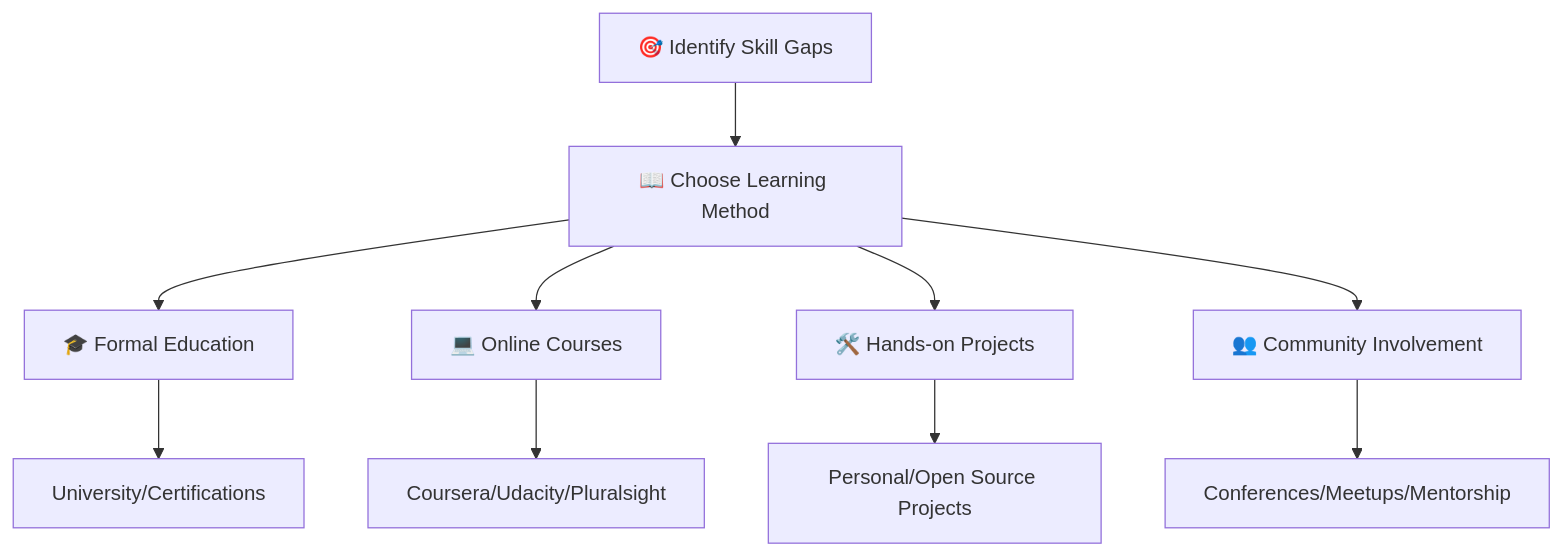
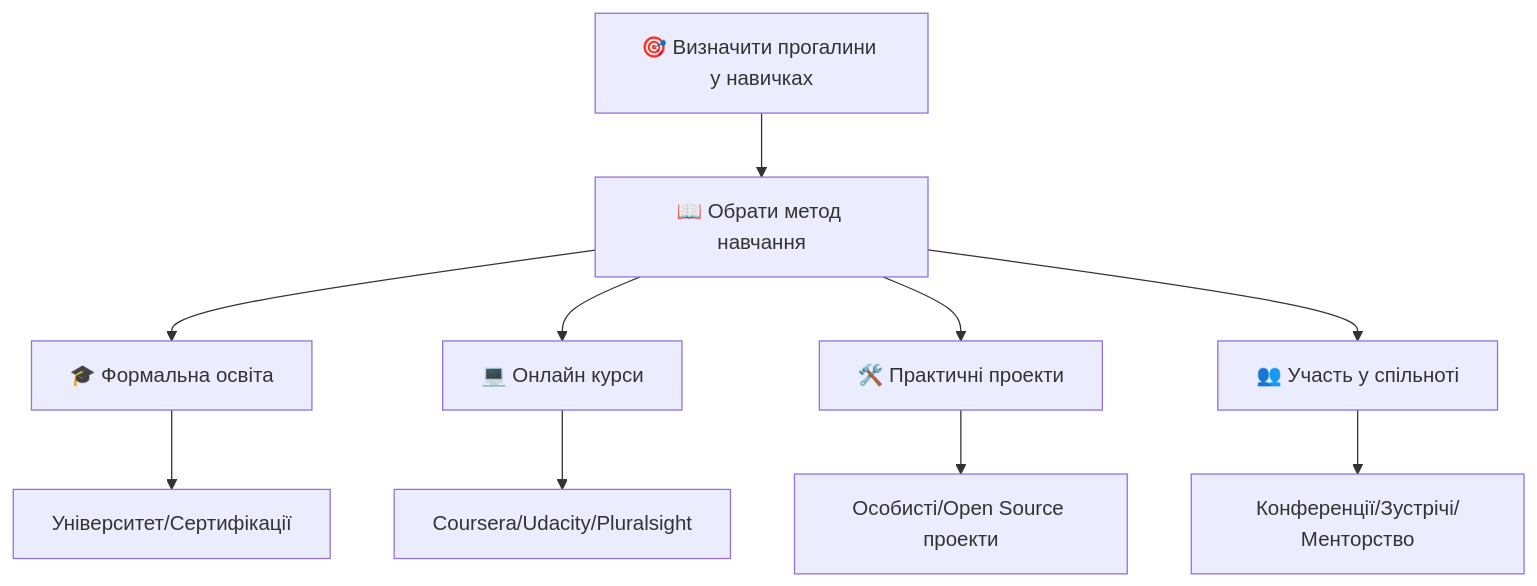
Before and after one commit to olroi421/course-opi: the fourth of 5 diagrams in docs/presentations/presentation-01.md, drawn with Mermaid. The commit also changed other lines of this file, not shown here.

````diff
--- a/docs/presentations/presentation-01.md
+++ b/docs/presentations/presentation-01.md
@@ -422,14 +261,12 @@
 ```mermaid
 graph TD
-    A[🎯 Identify Skill Gaps] --> B[📖 Choose Learning Method]
-
-    B --> C[🎓 Formal Education]
-    B --> D[💻 Online Courses]
-    B --> E[🛠️ Hands-on Projects]
-    B --> F[👥 Community Involvement]
-
-    C --> G[University/Certifications]
+    A[🎯 Визначити прогалини у навичках] --> B[📖 Обрати метод навчання]
+    B --> C[🎓 Формальна освіта]
+    B --> D[💻 Онлайн курси]
+    B --> E[🛠️ Практичні проекти]
+    B --> F[👥 Участь у спільноті]
+    C --> G[Університет/Сертифікації]
     D --> H[Coursera/Udacity/Pluralsight]
-    E --> I[Personal/Open Source Projects]
-    F --> J[Conferences/Meetups/Mentorship]
+    E --> I[Особисті/Open Source проекти]
+    F --> J[Конференції/Зустрічі/Менторство]
 ```
````
